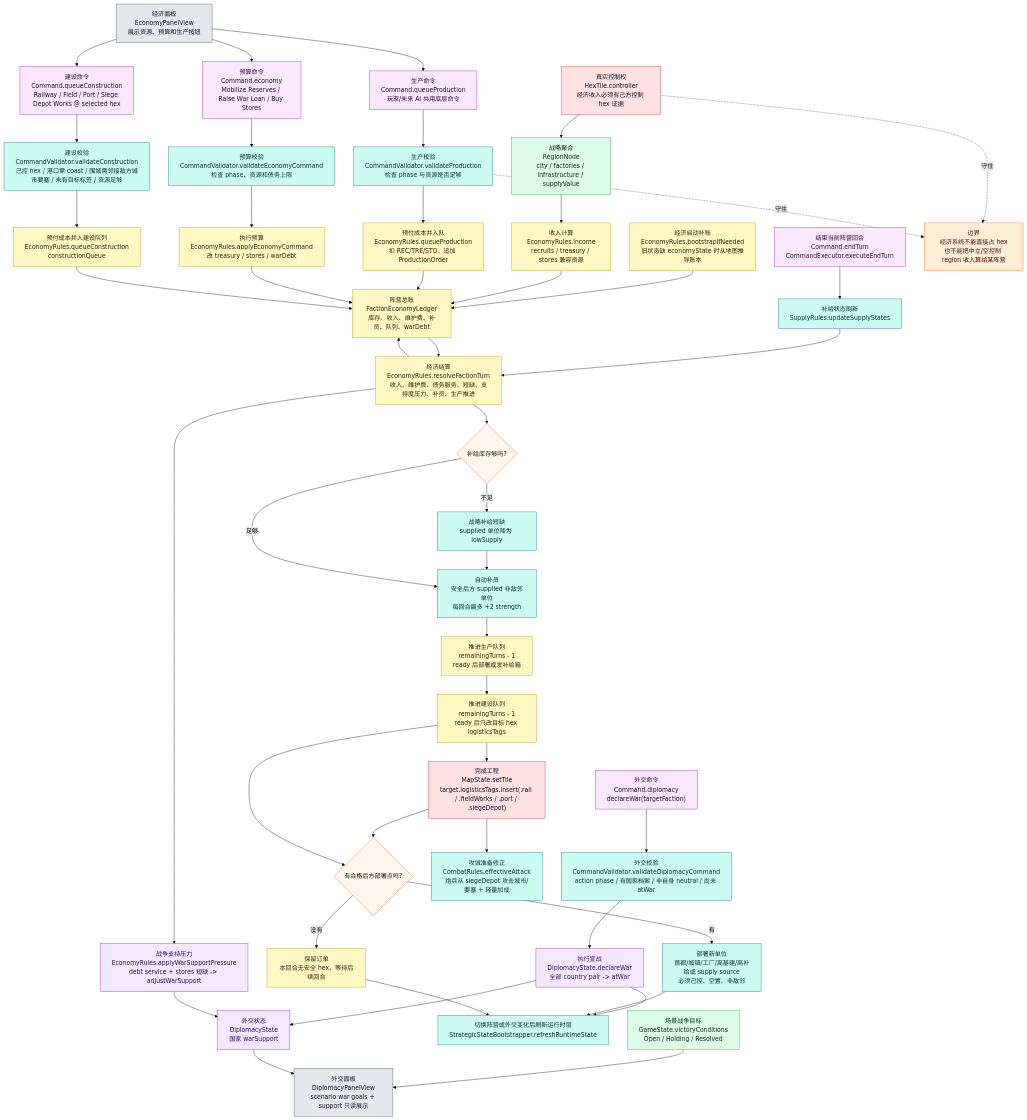
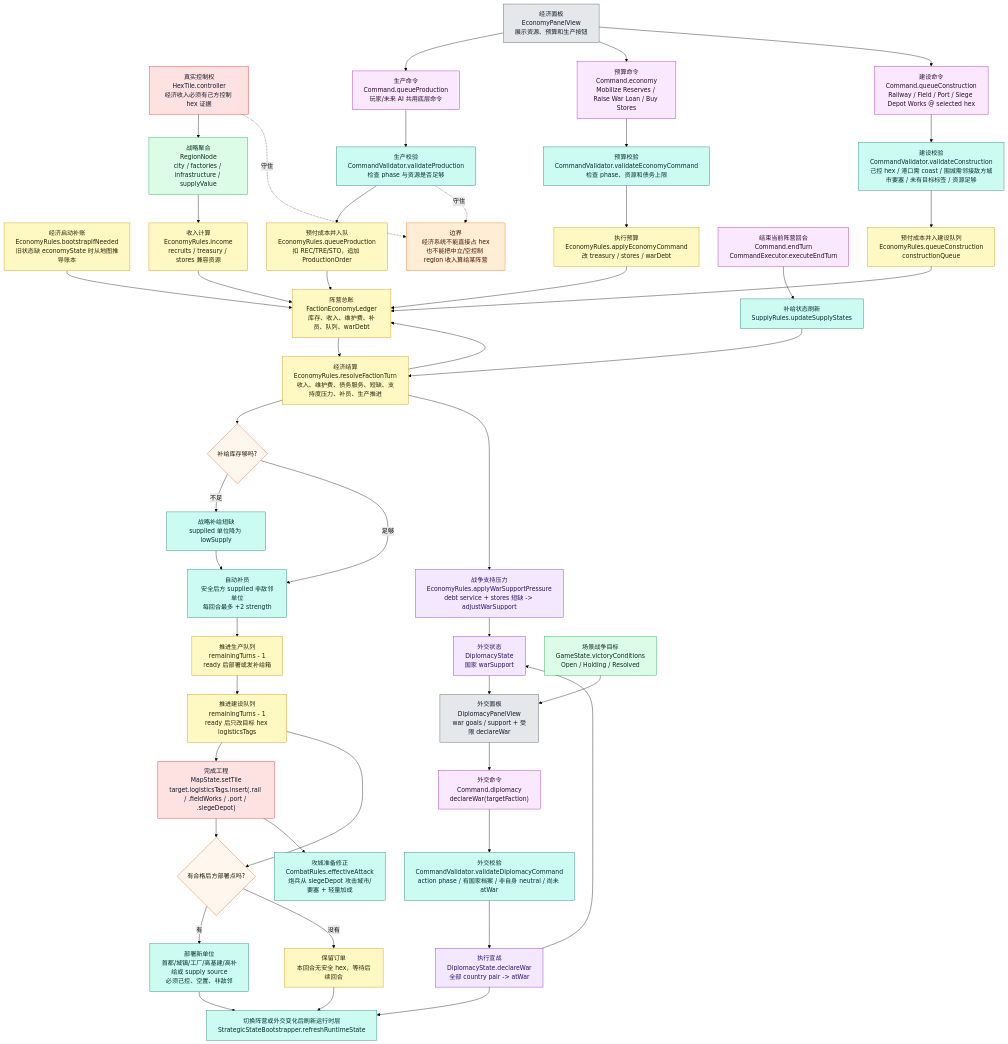
Before and after one commit to Altman-sam114/126: the fourth of 9 diagrams in md/flow/flowchart.md, drawn with Mermaid (forest theme). The commit also changed other lines of this file and 6 other files, not shown here.

Commit message:
feat(ui): add diplomacy declare war action

````diff
--- a/md/flow/flowchart.md
+++ b/md/flow/flowchart.md
@@ -207,78 +207,79 @@
 ```mermaid
 flowchart TD
     BOOT["经济启动补账<br/>EconomyRules.bootstrapIfNeeded<br/>旧状态缺 economyState 时从地图推导账本"]:::economy
     HEX["真实控制权<br/>HexTile.controller<br/>经济收入必须有己方控制 hex 证据"]:::authority
     REGION["战略聚合<br/>RegionNode<br/>city / factories / infrastructure / supplyValue"]:::derived
     INCOME["收入计算<br/>EconomyRules.income<br/>recruits / treasury / stores 兼容资源"]:::economy
     LEDGER["阵营总账<br/>FactionEconomyLedger<br/>库存、收入、维护费、补员、队列、warDebt"]:::economy
 
     UI["经济面板<br/>EconomyPanelView<br/>展示资源、预算和生产按钮"]:::ui
     QUEUE["生产命令<br/>Command.queueProduction<br/>玩家/未来 AI 共用底层命令"]:::command
     VALIDATE["生产校验<br/>CommandValidator.validateProduction<br/>检查 phase 与资源是否足够"]:::rules
     PAY["预付成本并入队<br/>EconomyRules.queueProduction<br/>扣 REC/TRE/STO，追加 ProductionOrder"]:::economy
     BUDGET["预算命令<br/>Command.economy<br/>Mobilize Reserves / Raise War Loan / Buy Stores"]:::command
     BVALID["预算校验<br/>CommandValidator.validateEconomyCommand<br/>检查 phase、资源和债务上限"]:::rules
     APPLYB["执行预算<br/>EconomyRules.applyEconomyCommand<br/>改 treasury / stores / warDebt"]:::economy
     BUILD["建设命令<br/>Command.queueConstruction<br/>Railway / Field / Port / Siege Depot Works @ selected hex"]:::command
     BLDVALID["建设校验<br/>CommandValidator.validateConstruction<br/>己控 hex / 港口需 coast / 围城需邻接敌方城市要塞 / 未有目标标签 / 资源足够"]:::rules
     BLDQUEUE["预付成本并入建设队列<br/>EconomyRules.queueConstruction<br/>constructionQueue"]:::economy
     DIP["外交状态<br/>DiplomacyState<br/>国家 warSupport"]:::diplomacy
     DIPCMD["外交命令<br/>Command.diplomacy<br/>declareWar(targetFaction)"]:::command
     DIPVALID["外交校验<br/>CommandValidator.validateDiplomacyCommand<br/>action phase / 有国家档案 / 非自身 neutral / 尚未 atWar"]:::rules
     DIPAPPLY["执行宣战<br/>DiplomacyState.declareWar<br/>全部 country pair -> atWar"]:::diplomacy
 
     END["结束当前阵营回合<br/>Command.endTurn<br/>CommandExecutor.executeEndTurn"]:::command
     SUPPLY["补给状态刷新<br/>SupplyRules.updateSupplyStates"]:::rules
     RESOLVE["经济结算<br/>EconomyRules.resolveFactionTurn<br/>收入、维护费、债务服务、短缺、支持度压力、补员、生产推进"]:::economy
     SHORT{"补给库存够吗?"}:::decision
     LOW["战略补给短缺<br/>supplied 单位降为 lowSupply"]:::rules
     PRESS["战争支持压力<br/>EconomyRules.applyWarSupportPressure<br/>debt service + stores 短缺 -> adjustWarSupport"]:::diplomacy
     REINF["自动补员<br/>安全后方 supplied 非敌邻单位<br/>每回合最多 +2 strength"]:::rules
     PROD["推进生产队列<br/>remainingTurns - 1<br/>ready 后部署或发补给箱"]:::economy
     CONST["推进建设队列<br/>remainingTurns - 1<br/>ready 后只改目标 hex logisticsTags"]:::economy
     DEPLOY{"有合格后方部署点吗?"}:::decision
     SPAWN["部署新单位<br/>首都/城镇/工厂/高基建/高补给或 supply source<br/>必须己控、空置、非敌邻"]:::rules
     WAIT["保留订单<br/>本回合无安全 hex，等待后续回合"]:::economy
     RAIL["完成工程<br/>MapState.setTile<br/>target.logisticsTags.insert(.rail / .fieldWorks / .port / .siegeDepot)"]:::authority
     SIEGE["攻城准备修正<br/>CombatRules.effectiveAttack<br/>炮兵从 siegeDepot 攻击城市/要塞 + 轻量加成"]:::rules
     NEXT["切换阵营或外交变化后刷新运行时层<br/>StrategicStateBootstrapper.refreshRuntimeState"]:::rules
-    DIPUI["外交面板<br/>DiplomacyPanelView<br/>scenario war goals + support 只读展示"]:::ui
+    DIPUI["外交面板<br/>DiplomacyPanelView<br/>war goals / support + 受限 declareWar"]:::ui
     GOALS["场景战争目标<br/>GameState.victoryConditions<br/>Open / Holding / Resolved"]:::derived
 
     BOOT --> LEDGER
     HEX --> REGION --> INCOME --> LEDGER
     UI --> QUEUE --> VALIDATE --> PAY --> LEDGER
     UI --> BUDGET --> BVALID --> APPLYB --> LEDGER
     UI --> BUILD --> BLDVALID --> BLDQUEUE --> LEDGER
+    DIPUI --> DIPCMD
     DIPCMD --> DIPVALID --> DIPAPPLY --> DIP
     DIPAPPLY --> NEXT
     GOALS --> DIPUI
     DIP --> DIPUI
     END --> SUPPLY --> RESOLVE
     LEDGER --> RESOLVE
     RESOLVE --> SHORT
     RESOLVE --> PRESS --> DIP
     SHORT -->|不足| LOW --> REINF
     SHORT -->|足够| REINF
     REINF --> PROD --> CONST
     CONST --> RAIL --> DEPLOY
     RAIL --> SIEGE
     CONST --> DEPLOY
     DEPLOY -->|有| SPAWN --> NEXT
     DEPLOY -->|没有| WAIT --> NEXT
     RESOLVE --> LEDGER
 
     WARN["边界<br/>经济系统不能直接占 hex<br/>也不能把中立/空控制 region 收入算给某阵营"]:::warn
     HEX -.守住.-> WARN
     VALIDATE -.守住.-> WARN
 
     classDef authority fill:#fee2e2,stroke:#dc2626,color:#111827
     classDef derived fill:#dcfce7,stroke:#16a34a,color:#052e16
     classDef economy fill:#fef9c3,stroke:#ca8a04,color:#292107
     classDef diplomacy fill:#f3e8ff,stroke:#7e22ce,color:#2e1065
     classDef command fill:#fae8ff,stroke:#a21caf,color:#2a0a2f
     classDef rules fill:#ccfbf1,stroke:#0f766e,color:#042f2e
     classDef decision fill:#fff7ed,stroke:#ea580c,color:#1f1300
     classDef ui fill:#e5e7eb,stroke:#4b5563,color:#111827
     classDef warn fill:#ffedd5,stroke:#f97316,color:#431407
 ```
````
